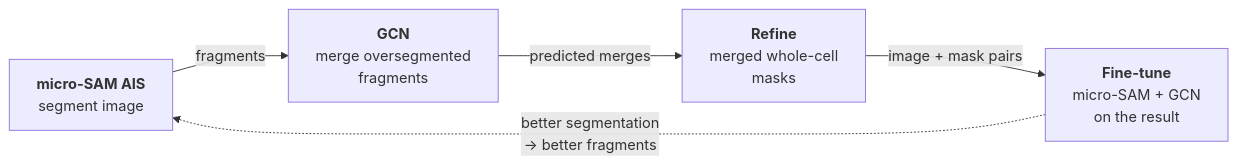
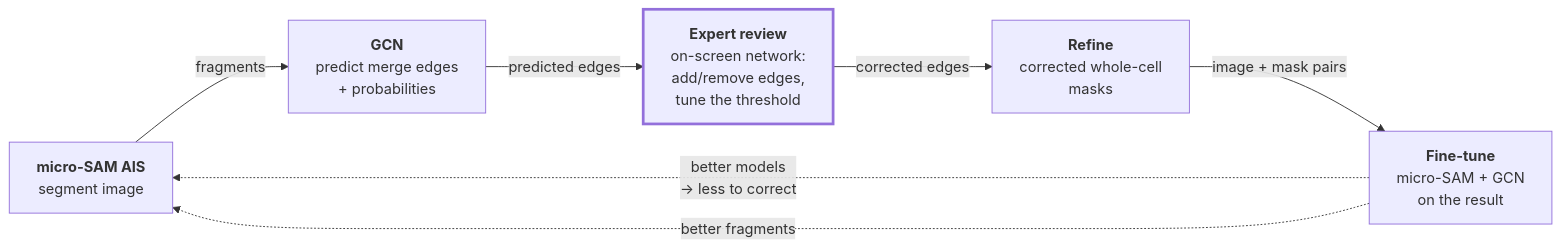
Before and after one commit to chuyaowang/c_albicans_project: the diagram in src/image_processing_tools/scene_graph_network/gnn_documentation/Future Directions.md, drawn with Mermaid. The commit also changed other lines of this file, not shown here.

````diff
--- a/src/image_processing_tools/scene_graph_network/gnn_documentation/Future Directions.md
+++ b/src/image_processing_tools/scene_graph_network/gnn_documentation/Future Directions.md
@@ -87,12 +87,17 @@
 ```mermaid
 flowchart LR
     A["<b>micro-SAM AIS</b><br/>segment image"]
-    B["<b>GCN</b><br/>merge oversegmented<br/>fragments"]
-    C["<b>Refine</b><br/>merged whole-cell<br/>masks"]
+    B["<b>GCN</b><br/>predict merge edges<br/>+ probabilities"]
+    H["<b>Expert review</b><br/>on-screen network:<br/>add/remove edges,<br/>tune the threshold"]
+    C["<b>Refine</b><br/>corrected whole-cell<br/>masks"]
     D["<b>Fine-tune</b><br/>micro-SAM + GCN<br/>on the result"]
 
     A -->|"fragments"| B
-    B -->|"predicted merges"| C
+    B -->|"predicted edges"| H
+    H -->|"corrected edges"| C
     C -->|"image + mask pairs"| D
-    D -.->|"better segmentation<br/>→ better fragments"| A
+    D -.->|"better models<br/>→ less to correct"| A
+    D -.->|"better fragments"| A
+
+    style H stroke-width:3px
 ```
````
